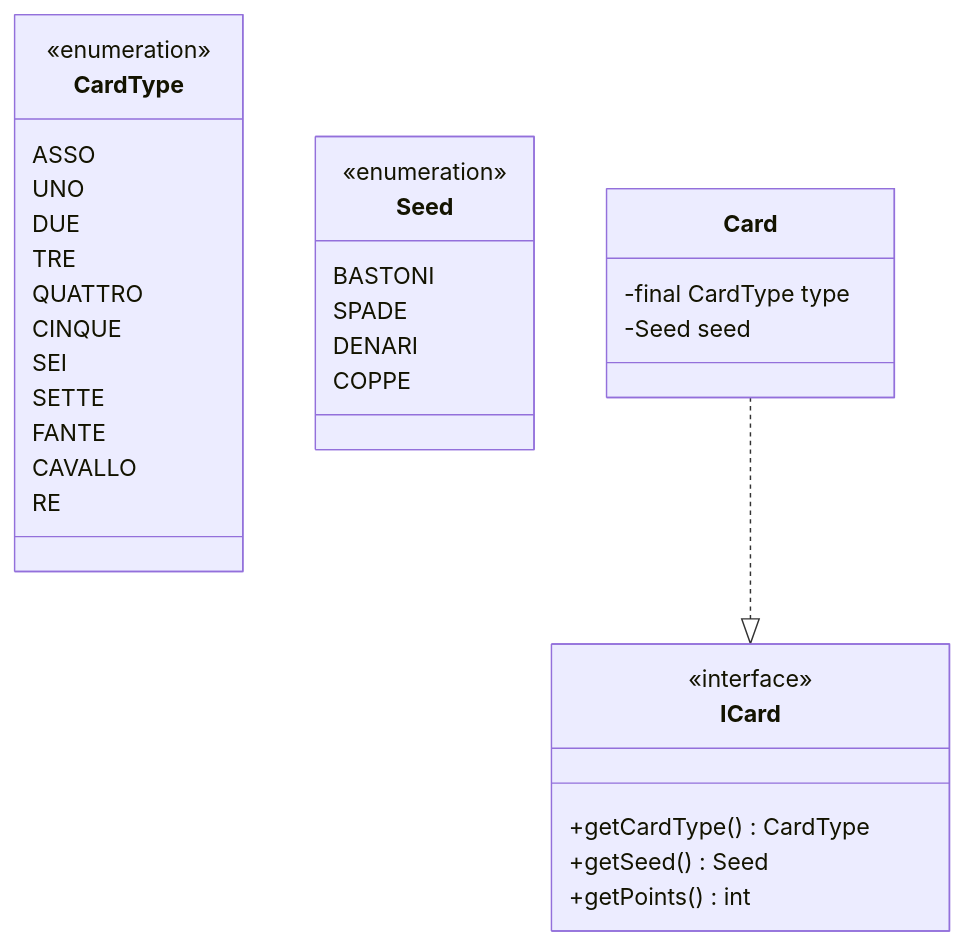
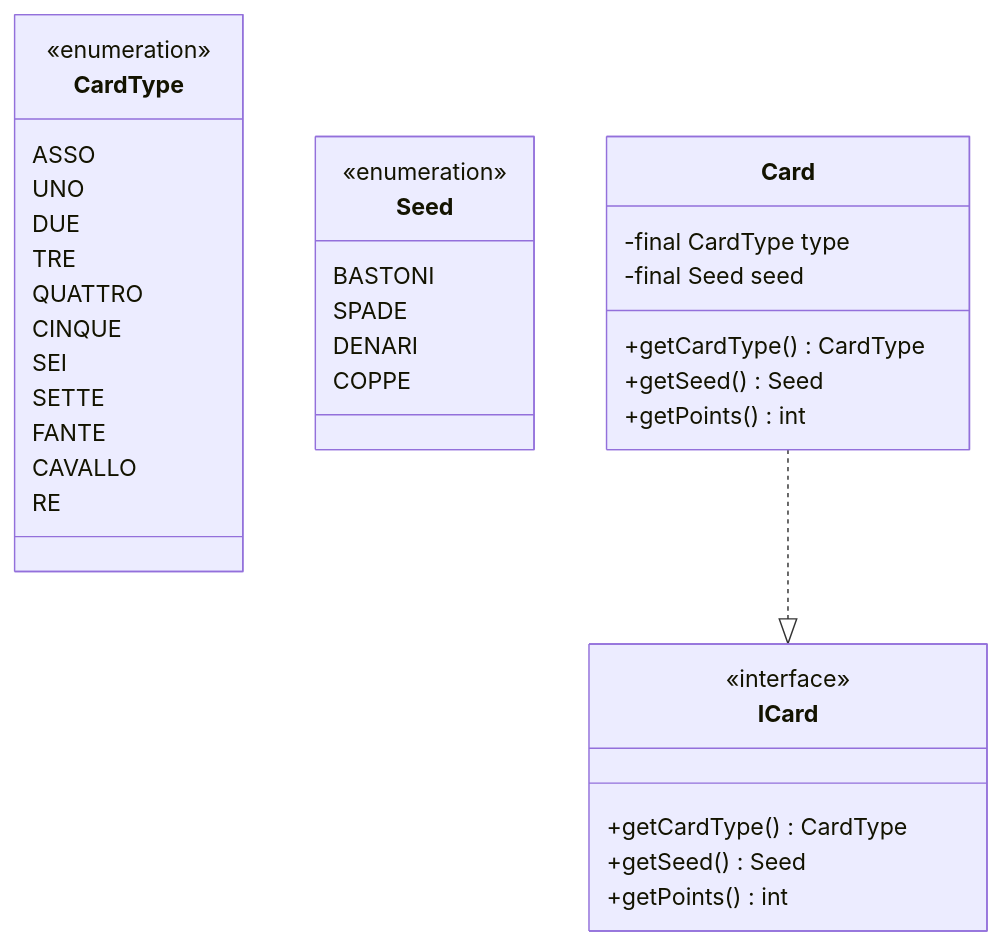
One commit to MouradMjd/Briscola changed the diagram in uml/Cards.md. Above: the diagram before and after it, drawn with Mermaid. The commit also changed 5 other files, not shown here.

Commit message:
Fixed errors in the UML diagrams

````diff
--- a/uml/Cards.md
+++ b/uml/Cards.md
@@ -1,37 +1,41 @@
 ```mermaid
 classDiagram
 class CardType {
     <<enumeration>>
     ASSO
     UNO
     DUE
     TRE
     QUATTRO
     CINQUE
     SEI
     SETTE
     FANTE
     CAVALLO
     RE
 }
 class Seed {
     <<enumeration>>
     BASTONI
     SPADE
     DENARI
     COPPE
 }
 class ICard {
   <<interface>>
   +getCardType() CardType
   +getSeed() Seed
   +getPoints() int
 }
 
 class Card {
     -final CardType type
-    -Seed seed
+    -final Seed seed
+
+    +getCardType() CardType
+    +getSeed() Seed
+    +getPoints() int
 }
 
 Card ..|> ICard
 ```
````
